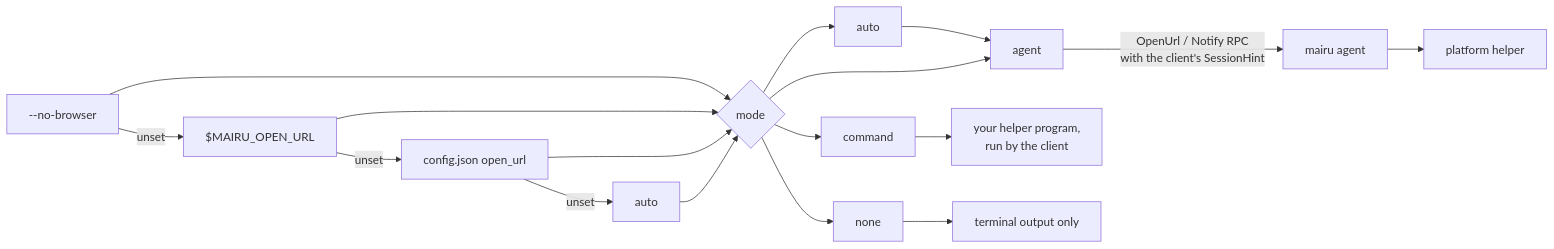
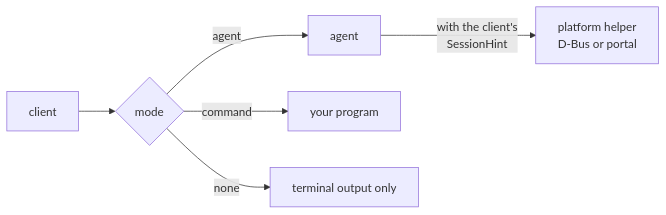
One commit to sorah/mairu changed the first of 2 diagrams in docs/specs/014-notify.md. Above: the diagram before and after it, drawn with Mermaid. The commit also changed other lines of this file and 17 other files, not shown here.

First line of the commit message:
docs/specs: rework diagrams and helper locations

````diff
--- a/docs/specs/014-notify.md
+++ b/docs/specs/014-notify.md
@@ -20,16 +20,7 @@
 ```mermaid
 flowchart LR
-  flag["--no-browser"] -- "unset" --> env["$MAIRU_OPEN_URL"]
-  env -- "unset" --> cfg["config.json open_url"]
-  cfg -- "unset" --> def["auto"]
-  flag & env & cfg & def --> mode{"mode"}
-  mode --> mAuto["auto"]
-  mAuto --> mAgent
-  mode --> mAgent["agent"]
-  mAgent -- "OpenUrl / Notify RPC<br/>with the client's SessionHint" --> agent["mairu agent"]
-  agent --> helper["platform helper"]
-  mode --> mCommand["command"]
-  mCommand --> prog["your helper program,<br/>run by the client"]
-  mode --> mNone["none"]
-  mNone --> term["terminal output only"]
+  C["client"] --> M{"mode"}
+  M -- "agent" --> A["agent"] -- "with the client's<br/>SessionHint" --> H["platform helper<br/>D-Bus or portal"]
+  M -- "command" --> P["your program"]
+  M -- "none" --> N["terminal output only"]
 ```
````
